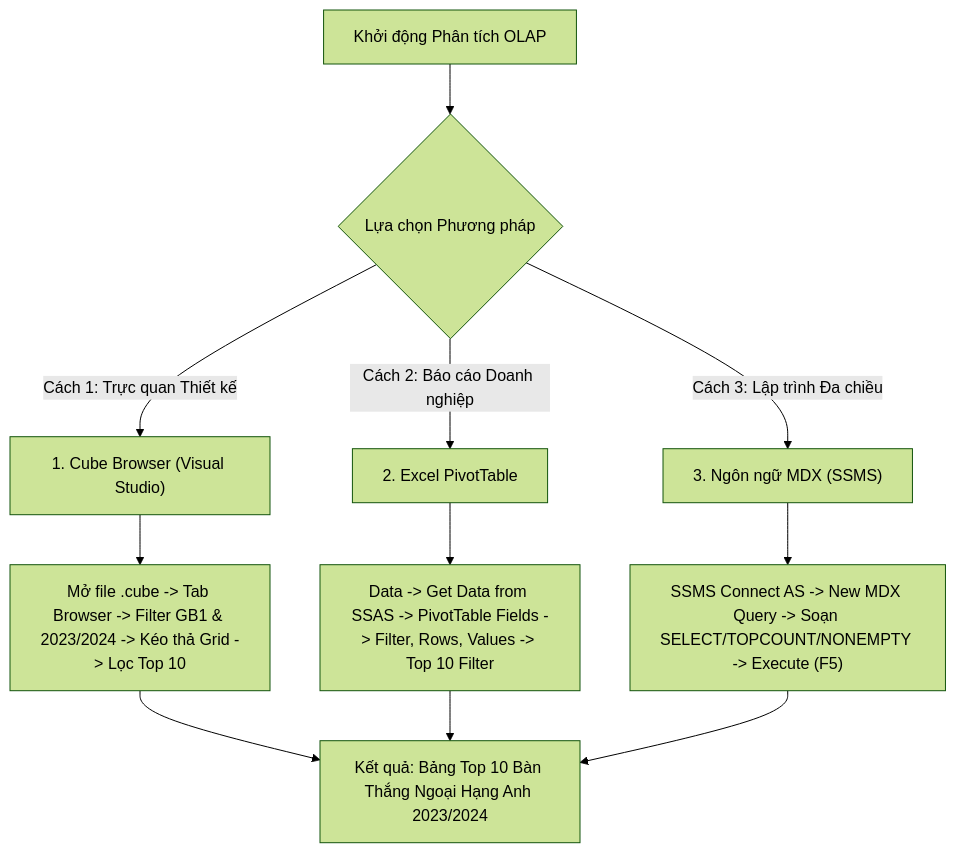
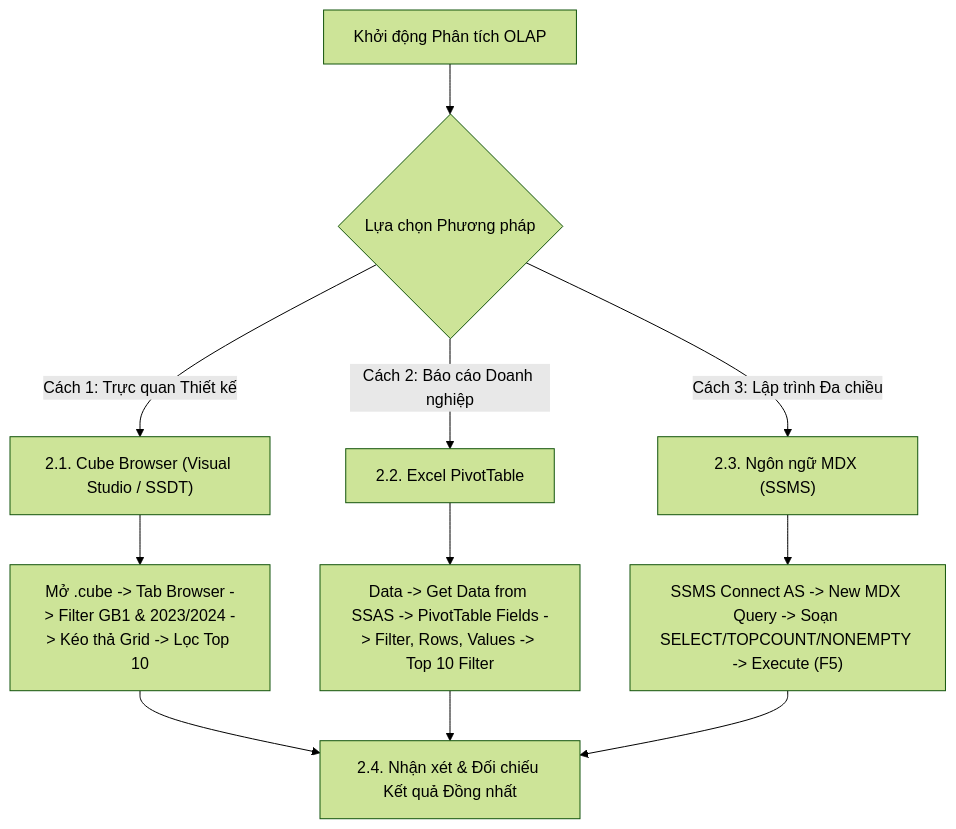
Before and after one commit to snowflake-vibing/Kho_du_lieu_OLAP: the diagram in mdx/query_01.md, drawn with Mermaid (forest theme). The commit also changed other lines of this file, not shown here.

Commit message:
docs(mdx): chuan hoa query_01.md theo phuong phap luan bao cao hoc thuat tu tai lieu tham khao

````diff
--- a/mdx/query_01.md
+++ b/mdx/query_01.md
@@ -43,16 +41,16 @@
 ```mermaid
 flowchart TD
     Start["Khởi động Phân tích OLAP"] --> Choice{"Lựa chọn Phương pháp"}
 
-    Choice -->|"Cách 1: Trực quan Thiết kế"| CB["1. Cube Browser (Visual Studio)"]
-    Choice -->|"Cách 2: Báo cáo Doanh nghiệp"| Excel["2. Excel PivotTable"]
-    Choice -->|"Cách 3: Lập trình Đa chiều"| MDX["3. Ngôn ngữ MDX (SSMS)"]
+    Choice -->|"Cách 1: Trực quan Thiết kế"| CB["2.1. Cube Browser (Visual Studio / SSDT)"]
+    Choice -->|"Cách 2: Báo cáo Doanh nghiệp"| Excel["2.2. Excel PivotTable"]
+    Choice -->|"Cách 3: Lập trình Đa chiều"| MDX["2.3. Ngôn ngữ MDX (SSMS)"]
 
-    CB --> CB_Step["Mở file .cube -> Tab Browser -> Filter GB1 & 2023/2024 -> Kéo thả Grid -> Lọc Top 10"]
+    CB --> CB_Step["Mở .cube -> Tab Browser -> Filter GB1 & 2023/2024 -> Kéo thả Grid -> Lọc Top 10"]
     Excel --> Excel_Step["Data -> Get Data from SSAS -> PivotTable Fields -> Filter, Rows, Values -> Top 10 Filter"]
     MDX --> MDX_Step["SSMS Connect AS -> New MDX Query -> Soạn SELECT/TOPCOUNT/NONEMPTY -> Execute (F5)"]
 
-    CB_Step --> Finish["Kết quả: Bảng Top 10 Bàn Thắng Ngoại Hạng Anh 2023/2024"]
+    CB_Step --> Finish["2.4. Nhận xét & Đối chiếu Kết quả Đồng nhất"]
     Excel_Step --> Finish
     MDX_Step --> Finish
 ```
````
